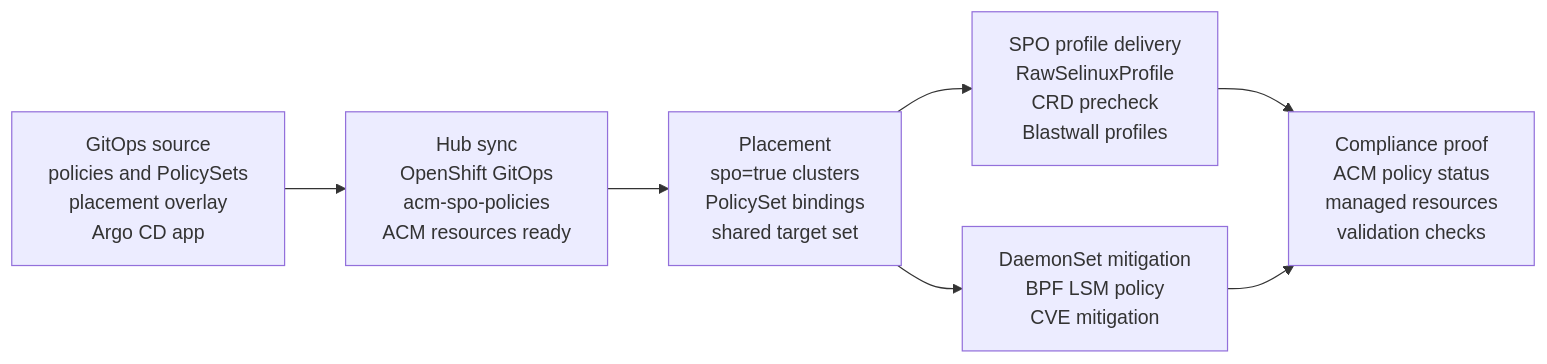
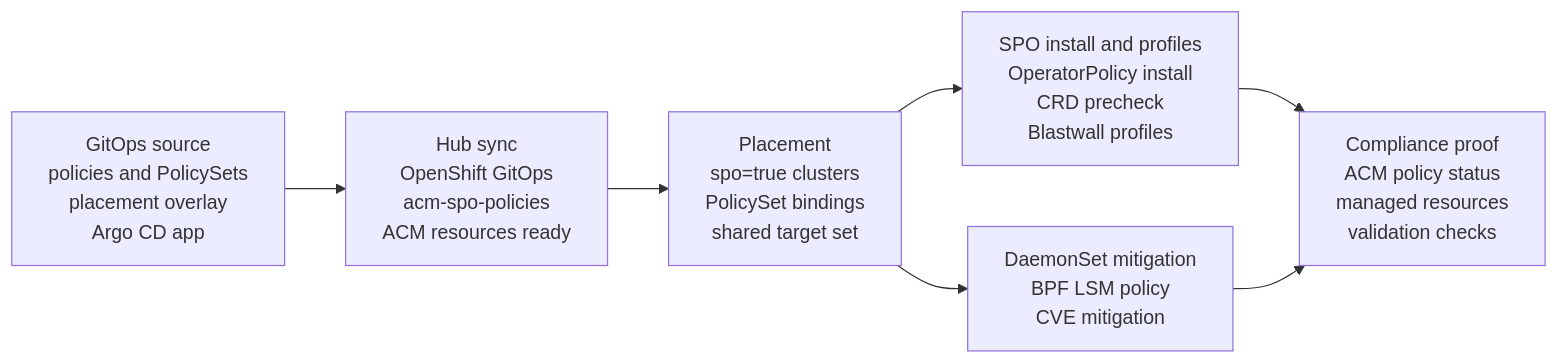
One commit to turbra/acm-foil changed the diagram in docs/assets/diagrams/acm-foil-process-flow.mmd. Above: the diagram before and after it, drawn with Mermaid. The commit also changed 4 other files, not shown here.

Commit message:
docs: show policy flow diagram

```diff
--- a/docs/assets/diagrams/acm-foil-process-flow.mmd
+++ b/docs/assets/diagrams/acm-foil-process-flow.mmd
@@ -1,11 +1,11 @@
 flowchart LR
     SOURCE["GitOps source<br/>policies and PolicySets<br/>placement overlay<br/>Argo CD app"]
     HUB["Hub sync<br/>OpenShift GitOps<br/>acm-spo-policies<br/>ACM resources ready"]
     PLACEMENT["Placement<br/>spo=true clusters<br/>PolicySet bindings<br/>shared target set"]
-    SPO["SPO profile delivery<br/>RawSelinuxProfile<br/>CRD precheck<br/>Blastwall profiles"]
+    SPO["SPO install and profiles<br/>OperatorPolicy install<br/>CRD precheck<br/>Blastwall profiles"]
     DS["DaemonSet mitigation<br/>BPF LSM policy<br/>CVE mitigation"]
     PROOF["Compliance proof<br/>ACM policy status<br/>managed resources<br/>validation checks"]
 
     SOURCE --> HUB --> PLACEMENT
     PLACEMENT --> SPO --> PROOF
     PLACEMENT --> DS --> PROOF
```
